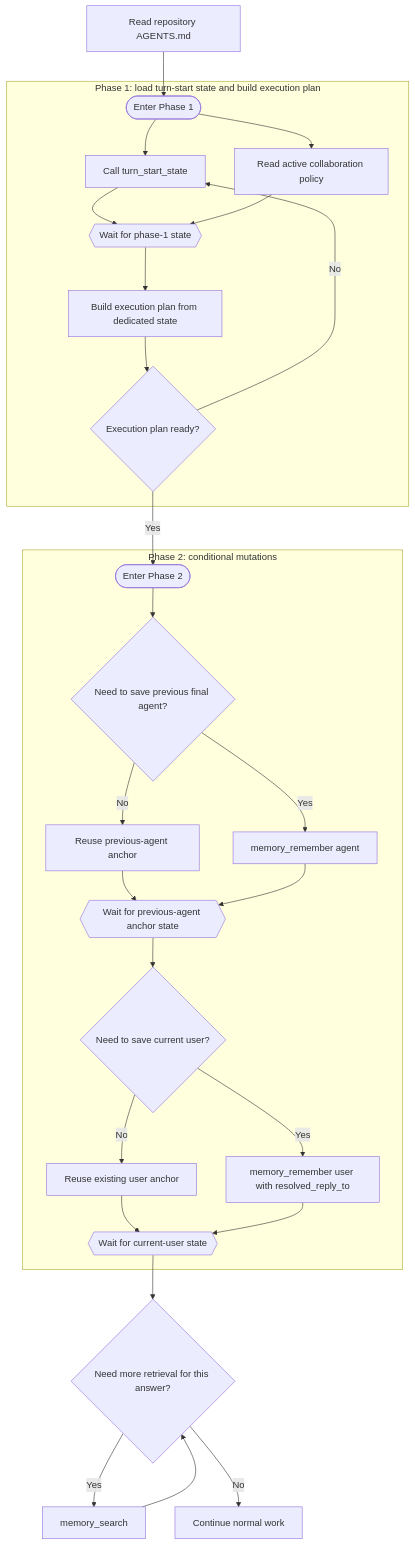
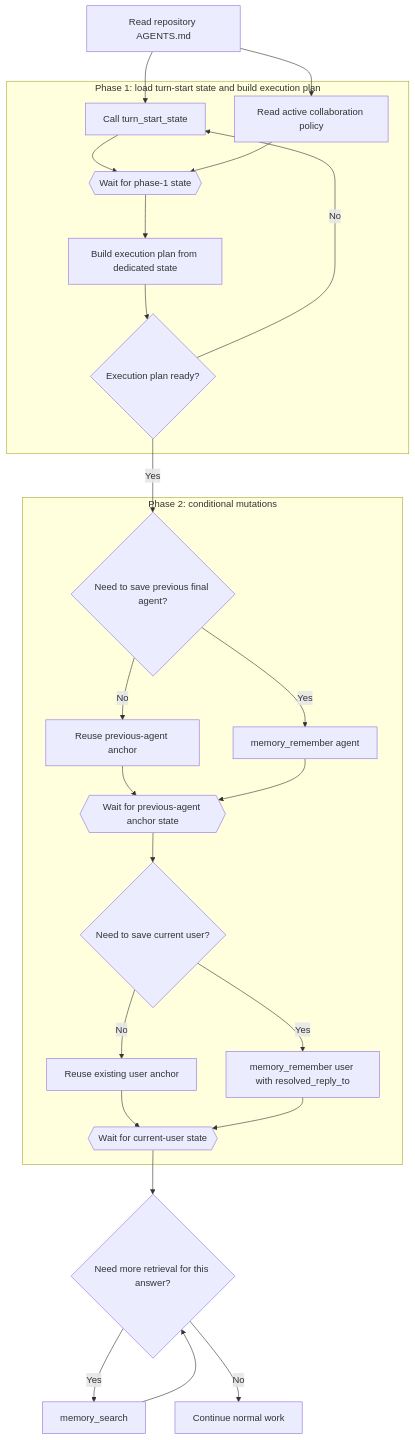
Before and after one commit to KazinaG/breathing_memory: the second of 2 diagrams in docs/mcp-turn-flows.md, drawn with Mermaid.

Commit message:
docs: remove flowchart phase entry nodes

````diff
--- a/docs/mcp-turn-flows.md
+++ b/docs/mcp-turn-flows.md
@@ -98,49 +98,45 @@
 ```mermaid
 flowchart TD
     A[Read repository AGENTS.md]
 
     subgraph P1[Phase 1: load turn-start state and build execution plan]
-        P1I([Enter Phase 1])
         B[Call turn_start_state]
         C[Read active collaboration policy]
         W1{{Wait for phase-1 state}}
         D[Build execution plan from dedicated state]
         E{Execution plan ready?}
-        P1I --> B
-        P1I --> C
         B --> W1
         C --> W1
         W1 --> D
         D --> E
     end
 
     subgraph P2[Phase 2: conditional mutations]
-        P2I([Enter Phase 2])
         F{Need to save previous final agent?}
         G[Reuse previous-agent anchor]
         H[memory_remember agent]
         W2{{Wait for previous-agent anchor state}}
         I{Need to save current user?}
         J[Reuse existing user anchor]
         K[memory_remember user with resolved_reply_to]
         W3{{Wait for current-user state}}
-        P2I --> F
         F -- No --> G
         F -- Yes --> H
         G --> W2
         H --> W2
         W2 --> I
         I -- No --> J
         I -- Yes --> K
         J --> W3
         K --> W3
     end
 
-    A --> P1I
+    A --> B
+    A --> C
     E -- No --> B
-    E -- Yes --> P2I
+    E -- Yes --> F
     W3 --> L{Need more retrieval for this answer?}
     L -- Yes --> M[memory_search]
     L -- No --> N[Continue normal work]
     M --> L
 ```
````
